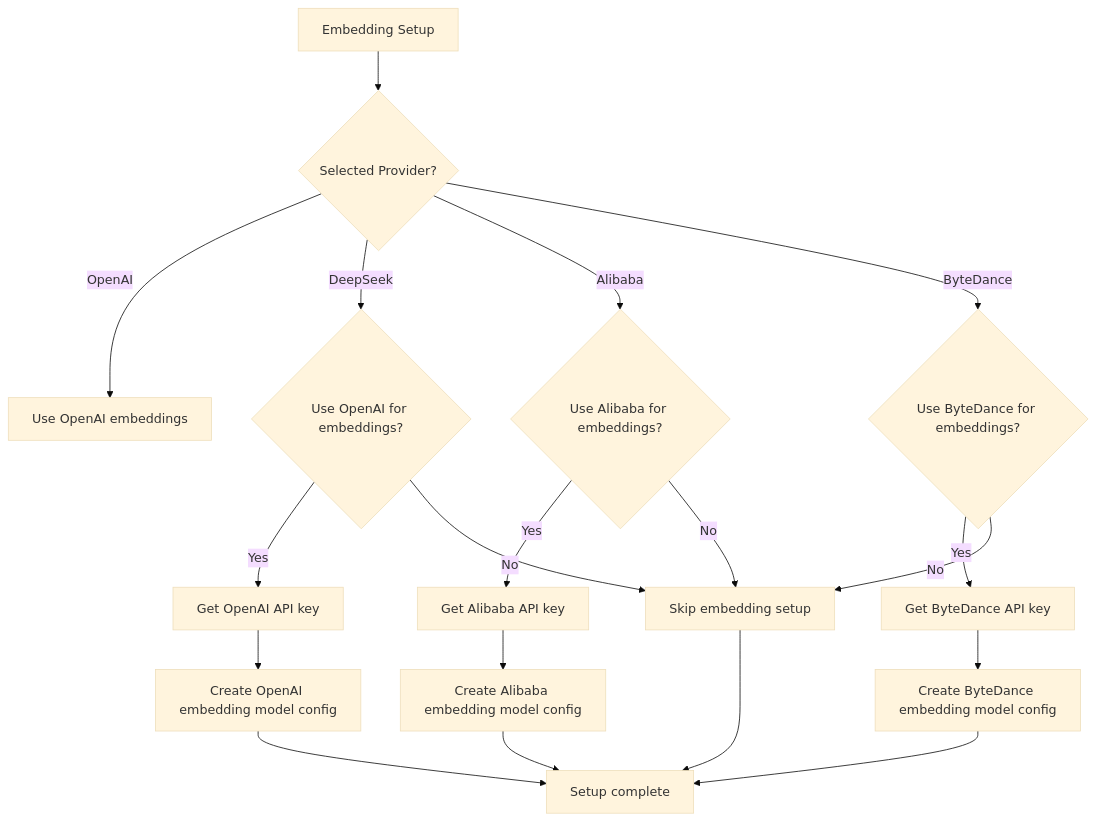
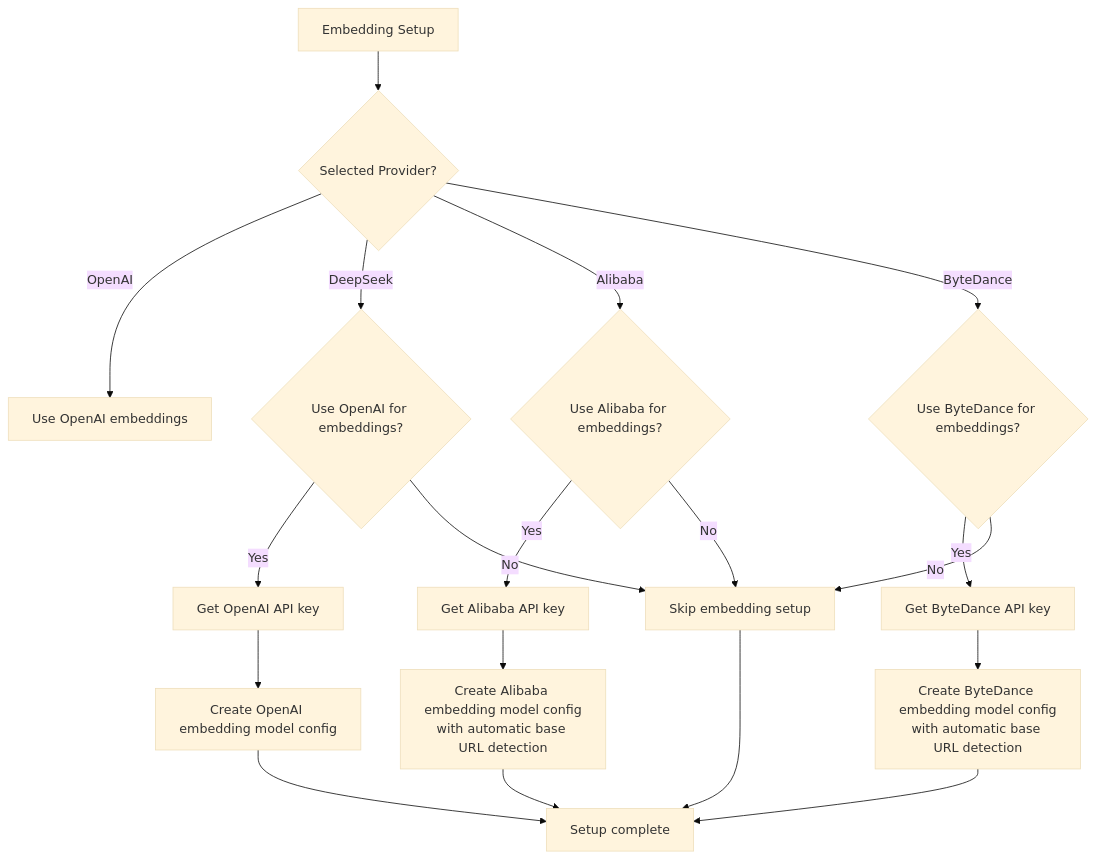
The sixth of 9 diagrams in .qoder/repowiki/en/content/LLM Integration and Configuration.md (liwonder/NARRITIVE_OS), drawn with Mermaid (base theme) before and after one commit. The commit also changed other lines of this file and 14 other files, not shown here.

````diff
--- a/.qoder/repowiki/en/content/LLM Integration and Configuration.md
+++ b/.qoder/repowiki/en/content/LLM Integration and Configuration.md
@@ -527,21 +532,21 @@
 ```mermaid
 flowchart TD
 Start["Embedding Setup"] --> CheckProvider{"Selected Provider?"}
 CheckProvider --> |OpenAI| UseEmbed["Use OpenAI embeddings"]
 CheckProvider --> |DeepSeek| AskEmbed{"Use OpenAI for embeddings?"}
 CheckProvider --> |Alibaba| AskEmbed2{"Use Alibaba for embeddings?"}
 CheckProvider --> |ByteDance| AskEmbed3{"Use ByteDance for embeddings?"}
 AskEmbed --> |Yes| GetKey["Get OpenAI API key"]
 AskEmbed --> |No| SkipEmbed["Skip embedding setup"]
 AskEmbed2 --> |Yes| GetAlibabaKey["Get Alibaba API key"]
 AskEmbed2 --> |No| SkipEmbed
 AskEmbed3 --> |Yes| GetArkKey["Get ByteDance API key"]
 AskEmbed3 --> |No| SkipEmbed
 GetKey --> CreateEmbed["Create OpenAI embedding model config"]
-GetAlibabaKey --> CreateAlibabaEmbed["Create Alibaba embedding model config"]
-GetArkKey --> CreateArkEmbed["Create ByteDance embedding model config"]
+GetAlibabaKey --> CreateAlibabaEmbed["Create Alibaba embedding model config<br/>with automatic base URL detection"]
+GetArkKey --> CreateArkEmbed["Create ByteDance embedding model config<br/>with automatic base URL detection"]
 CreateEmbed --> Complete["Setup complete"]
 CreateAlibabaEmbed --> Complete
 CreateArkEmbed --> Complete
 SkipEmbed --> Complete
 ```
````
